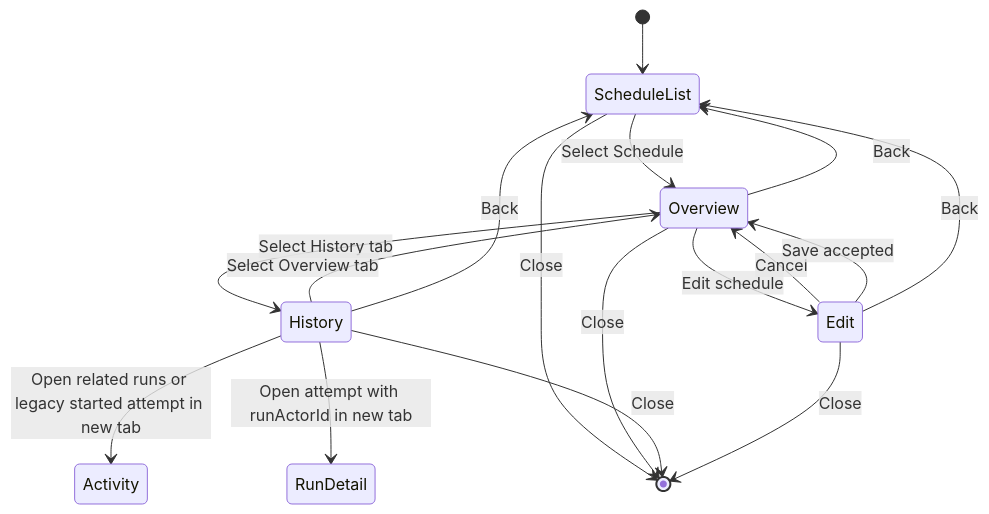
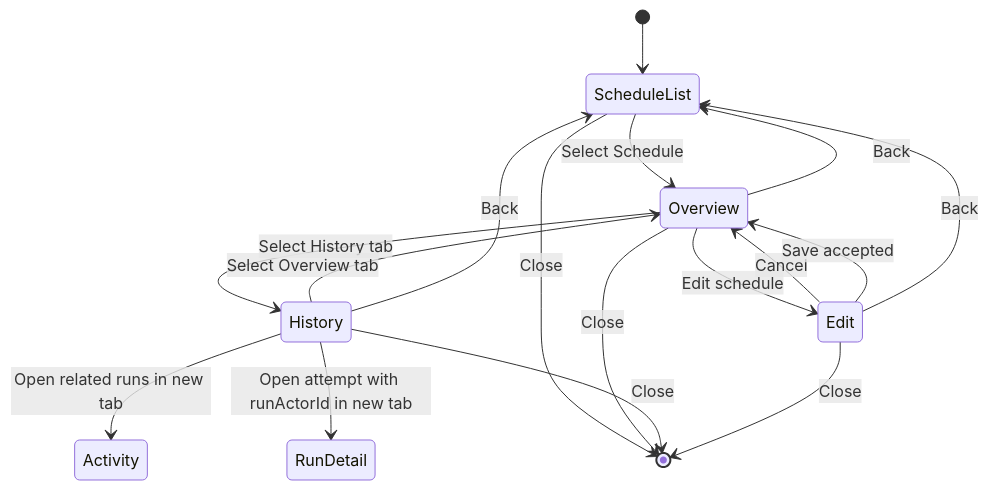
Before and after one commit to aevatarAI/aevatar: the diagram in apps/aevatar-console-web/docs/superpowers/specs/2026-08-21-workflow-schedule-history-design.md, drawn with Mermaid. The commit also changed other lines of this file and 8 other files, not shown here.

````diff
--- a/apps/aevatar-console-web/docs/superpowers/specs/2026-08-21-workflow-schedule-history-design.md
+++ b/apps/aevatar-console-web/docs/superpowers/specs/2026-08-21-workflow-schedule-history-design.md
@@ -291,19 +291,19 @@
 ```mermaid
 stateDiagram-v2
     [*] --> ScheduleList
     ScheduleList --> Overview: Select Schedule
     Overview --> History: Select History tab
     History --> Overview: Select Overview tab
     Overview --> Edit: Edit schedule
     Edit --> Overview: Cancel
     Edit --> Overview: Save accepted
-    History --> Activity: Open related runs or legacy started attempt in new tab
+    History --> Activity: Open related runs in new tab
     History --> RunDetail: Open attempt with runActorId in new tab
     Overview --> ScheduleList: Back
     History --> ScheduleList: Back
     Edit --> ScheduleList: Back
     ScheduleList --> [*]: Close
     Overview --> [*]: Close
     History --> [*]: Close
     Edit --> [*]: Close
 ```
````
